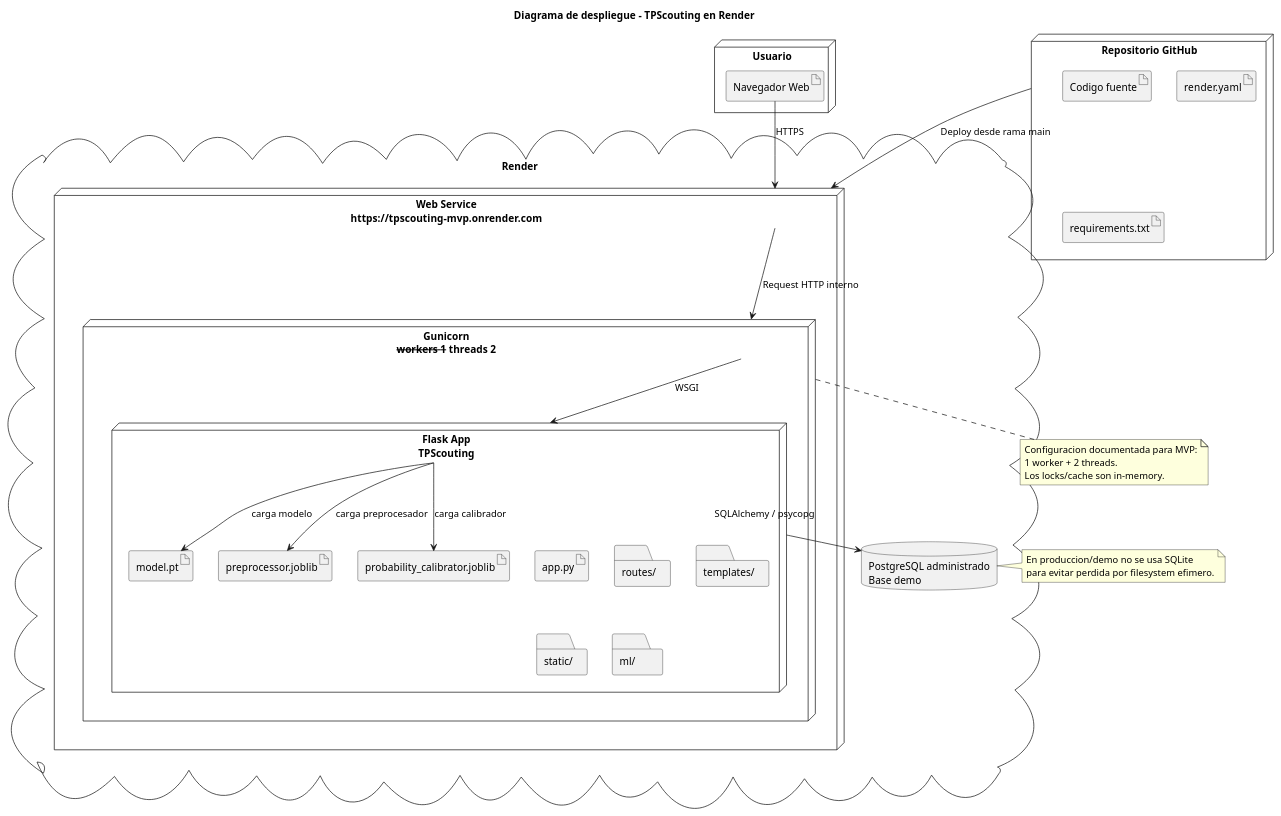
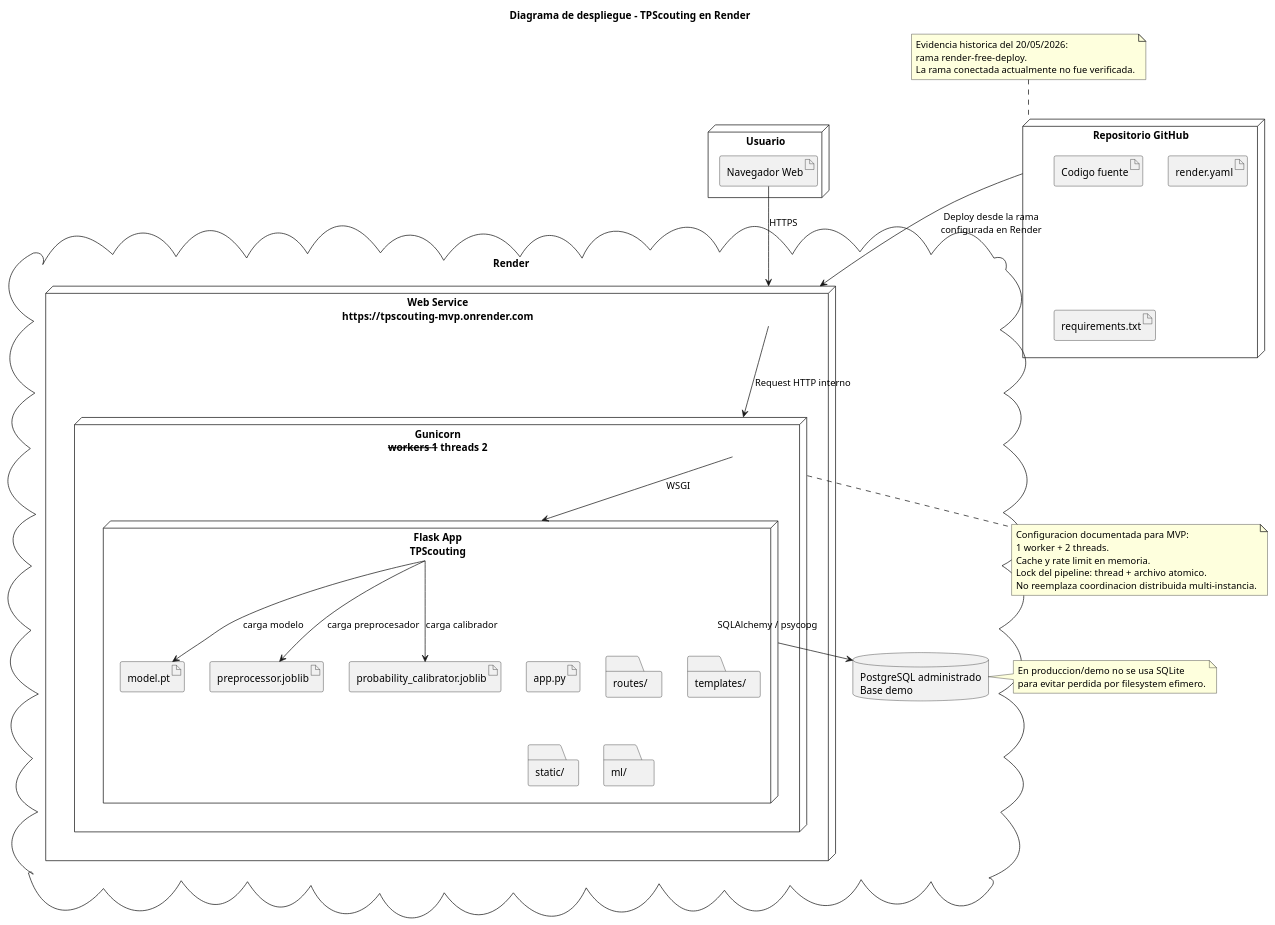
Before and after one commit to indio21/TPScouting: the diagram in docs/diagramas/plantuml/04_despliegue.puml, drawn with PlantUML. The commit also changed 12 other files, not shown here.

Commit message:
fix: align prediction view and audited diagrams

```diff
--- a/docs/diagramas/plantuml/04_despliegue.puml
+++ b/docs/diagramas/plantuml/04_despliegue.puml
@@ -1,54 +1,62 @@
 @startuml
 title Diagrama de despliegue - TPScouting en Render
 
 node "Usuario" {
   artifact "Navegador Web" as Browser
 }
 
 cloud "Render" {
   node "Web Service\nhttps://tpscouting-mvp.onrender.com" as RenderWeb {
     node "Gunicorn\n--workers 1 --threads 2" as Gunicorn {
       node "Flask App\nTPScouting" as FlaskApp {
         artifact "app.py" as AppPy
         folder "routes/" as Routes
         folder "templates/" as Templates
         folder "static/" as Static
         folder "ml/" as MLRuntime
         artifact "model.pt" as ModelPT
         artifact "preprocessor.joblib" as Preprocessor
         artifact "probability_calibrator.joblib" as Calibrator
       }
     }
   }
 
   database "PostgreSQL administrado\nBase demo" as RenderDB
 }
 
 node "Repositorio GitHub" as GitHub {
   artifact "Codigo fuente" as Code
   artifact "render.yaml" as RenderYaml
   artifact "requirements.txt" as Requirements
 }
 
 Browser --> RenderWeb : HTTPS
 RenderWeb --> Gunicorn : Request HTTP interno
 Gunicorn --> FlaskApp : WSGI
 FlaskApp --> RenderDB : SQLAlchemy / psycopg
 FlaskApp --> ModelPT : carga modelo
 FlaskApp --> Preprocessor : carga preprocesador
 FlaskApp --> Calibrator : carga calibrador
 
-GitHub --> RenderWeb : Deploy desde rama main
+GitHub --> RenderWeb : Deploy desde la rama\nconfigurada en Render
 
 note right of RenderDB
 En produccion/demo no se usa SQLite
 para evitar perdida por filesystem efimero.
 end note
 
 note bottom of Gunicorn
 Configuracion documentada para MVP:
 1 worker + 2 threads.
-Los locks/cache son in-memory.
+Cache y rate limit en memoria.
+Lock del pipeline: thread + archivo atomico.
+No reemplaza coordinacion distribuida multi-instancia.
+end note
+
+note top of GitHub
+Evidencia historica del 20/05/2026:
+rama render-free-deploy.
+La rama conectada actualmente no fue verificada.
 end note
 
 @enduml
```
